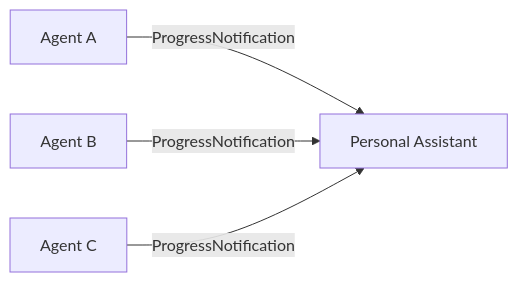
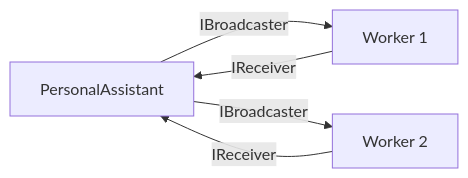
One commit to InteractiveAgents/IAW changed the third of 4 diagrams in website/guide/architecture.md. Above: the diagram before and after it, drawn with Mermaid. The commit also changed other lines of this file and 5 other files, not shown here.

````diff
--- a/website/guide/architecture.md
+++ b/website/guide/architecture.md
@@ -154,6 +79,7 @@
 ```mermaid
 graph LR
-    A["Agent A"] -->|ProgressNotification| PA["Personal Assistant"]
-    B["Agent B"] -->|ProgressNotification| PA
-    C["Agent C"] -->|ProgressNotification| PA
+    PA["PersonalAssistant"] -->|IBroadcaster| W1["Worker 1"]
+    PA -->|IBroadcaster| W2["Worker 2"]
+    W1 -->|IReceiver| PA
+    W2 -->|IReceiver| PA
 ```
````
